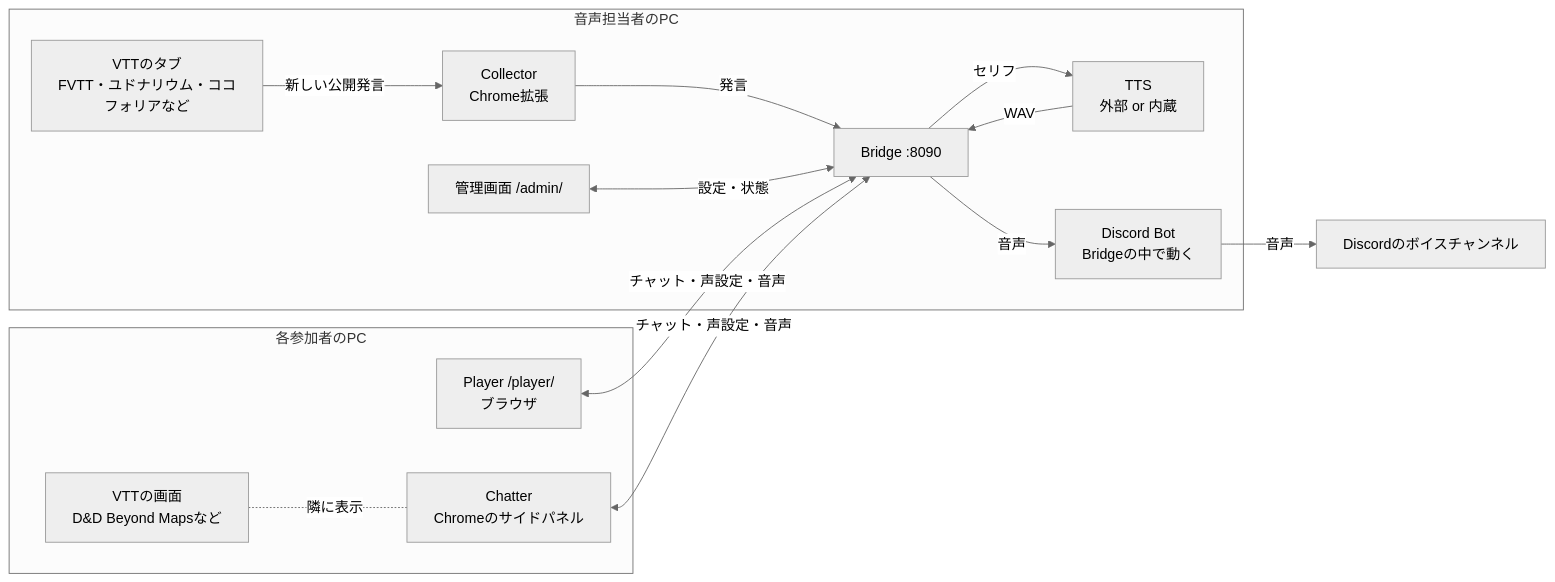
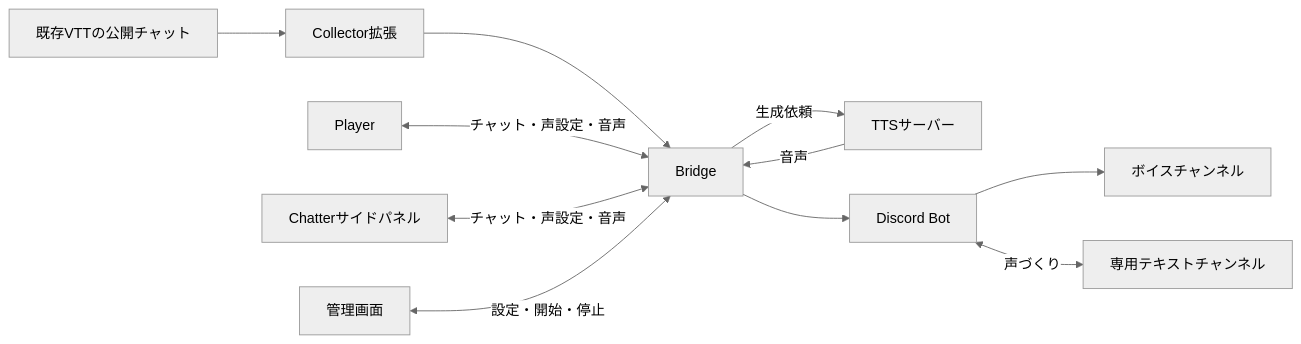
The diagram in docs/component.md (okamichi/trpg-voice-bridge), drawn with Mermaid (neutral theme) before and after one commit. The commit also changed other lines of this file, not shown here.

````diff
--- a/docs/component.md
+++ b/docs/component.md
@@ -18,30 +9,13 @@
 ```mermaid
 flowchart LR
-  subgraph Host["音声担当者のPC"]
-    HostVTT["VTTのタブ<br/>FVTT・ユドナリウム・ココフォリアなど"]
-    Collector["Collector<br/>Chrome拡張"]
-    Admin["管理画面 /admin/"]
-    Bridge["Bridge :8090"]
-    TTS["TTS<br/>外部 or 内蔵"]
-    Bot["Discord Bot<br/>Bridgeの中で動く"]
-  end
-
-  subgraph Participants["各参加者のPC"]
-    PVTT["VTTの画面<br/>D&D Beyond Mapsなど"]
-    Player["Player /player/<br/>ブラウザ"]
-    Chatter["Chatter<br/>Chromeのサイドパネル"]
-  end
-
-  VC["Discordのボイスチャンネル"]
-
-  HostVTT -->|新しい公開発言| Collector
-  Collector -->|発言| Bridge
-  Admin <-->|設定・状態| Bridge
-  Bridge -->|セリフ| TTS
-  TTS -->|WAV| Bridge
-  Player <-->|チャット・声設定・音声| Bridge
-  Chatter <-->|チャット・声設定・音声| Bridge
-  PVTT -. 隣に表示 .- Chatter
-  Bridge -->|音声| Bot
-  Bot -->|音声| VC
+  VTT[既存VTTの公開チャット] --> Collector[Collector拡張]
+  Collector --> Bridge[Bridge]
+  Player[Player] <-->|チャット・声設定・音声| Bridge
+  Chatter[Chatterサイドパネル] <-->|チャット・声設定・音声| Bridge
+  Admin[管理画面] <-->|設定・開始・停止| Bridge
+  Bridge -->|生成依頼| TTS[TTSサーバー]
+  TTS -->|音声| Bridge
+  Bridge --> Bot[Discord Bot]
+  Bot --> VC[ボイスチャンネル]
+  Bot <-->|声づくり| Text[専用テキストチャンネル]
 ```
````
